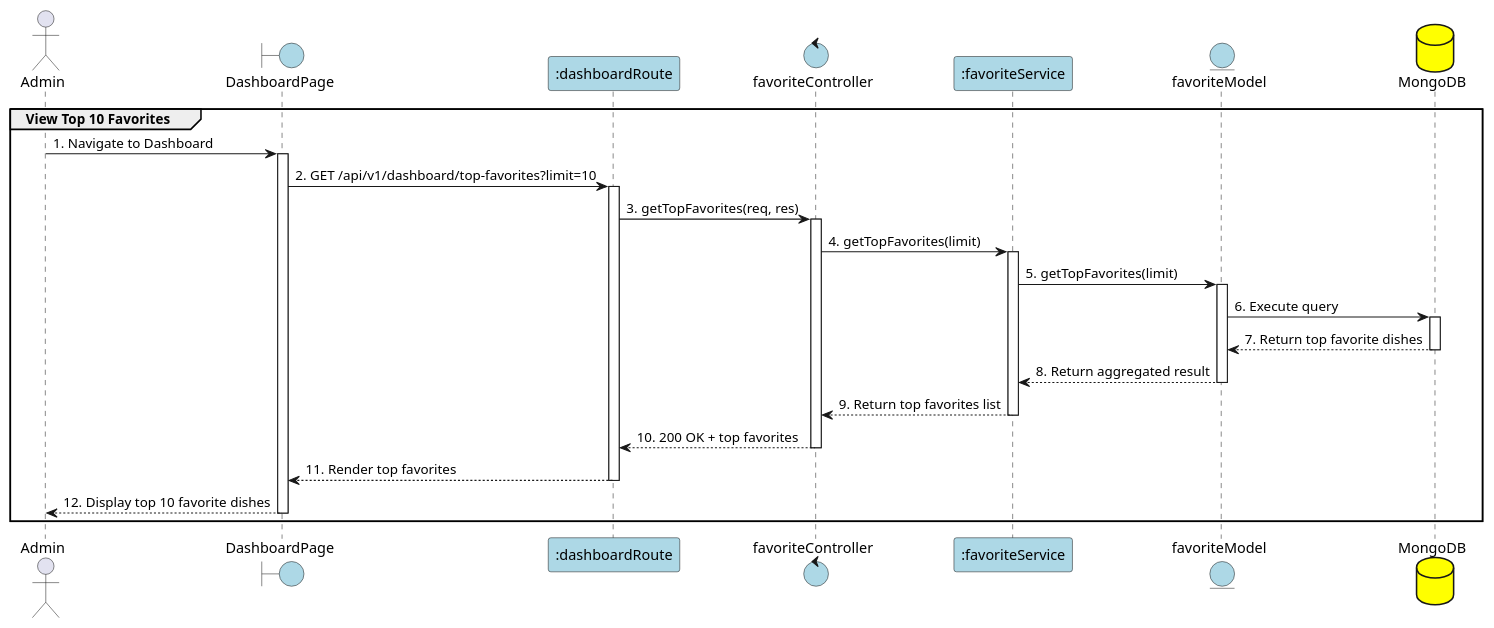
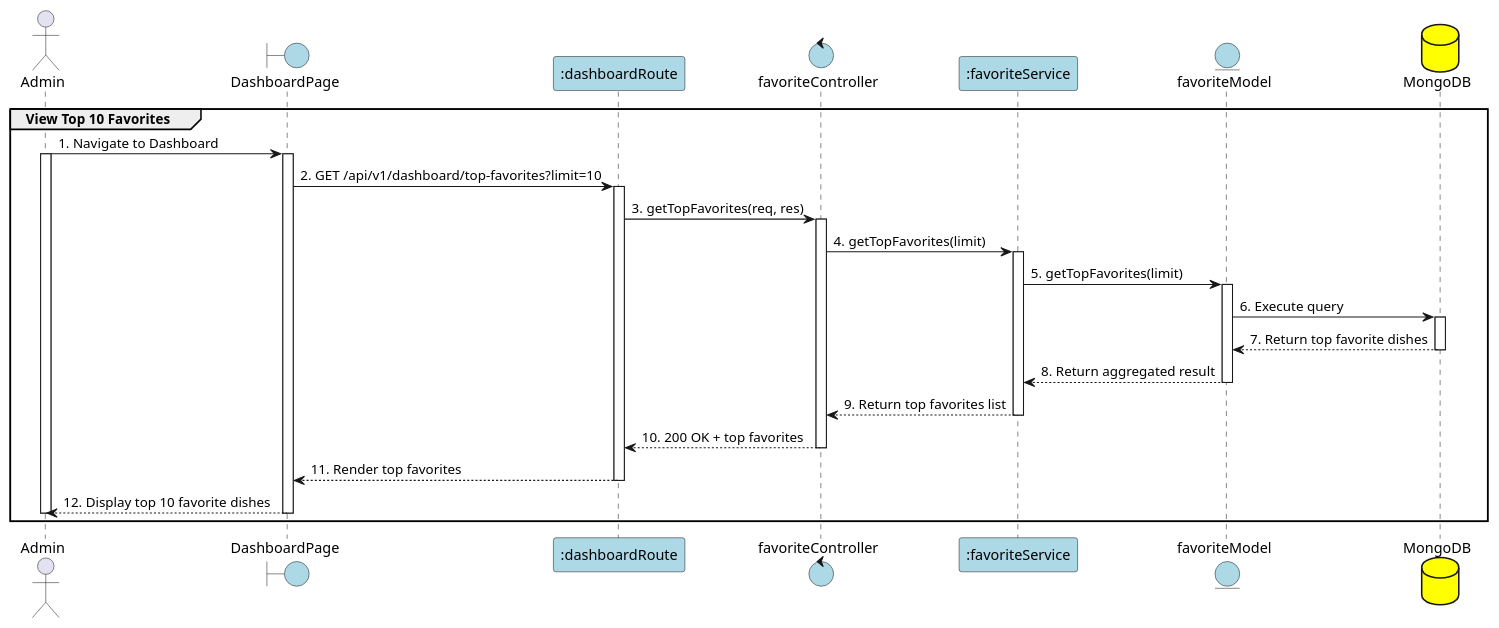
Before and after one commit to Aohkne/CaloCook: the diagram in PlanUML/36_Top10FavoriteDish.puml, drawn with PlantUML. The commit also changed 20 other files, not shown here.

Commit message:
fix(uml 15 -> 33 + 36): done

```diff
--- a/PlanUML/36_Top10FavoriteDish.puml
+++ b/PlanUML/36_Top10FavoriteDish.puml
@@ -1,48 +1,50 @@
 @startuml ViewTop10Favorites
 
 actor Admin as "Admin"
 boundary "DashboardPage" as View #lightblue
 participant ":dashboardRoute" as Route #lightblue
 control "favoriteController" as Controller #lightblue
 participant ":favoriteService" as Service #lightblue
 entity "favoriteModel" as Model #lightblue
 database "MongoDB" as MongoDB #yellow
 
 group View Top 10 Favorites
 Admin -> View: 1. Navigate to Dashboard
+activate Admin
 activate View
 
 View -> Route: 2. GET /api/v1/dashboard/top-favorites?limit=10
 activate Route
 
 Route -> Controller: 3. getTopFavorites(req, res)
 activate Controller
 
 Controller -> Service: 4. getTopFavorites(limit)
 activate Service
 
 Service -> Model: 5. getTopFavorites(limit)
 activate Model
 
 Model -> MongoDB: 6. Execute query
 activate MongoDB
 MongoDB --> Model: 7. Return top favorite dishes
 deactivate MongoDB
 
 Model --> Service: 8. Return aggregated result
 deactivate Model
 
 Service --> Controller: 9. Return top favorites list
 deactivate Service
 
 Controller --> Route: 10. 200 OK + top favorites
 deactivate Controller
 
 Route --> View: 11. Render top favorites
 deactivate Route
 
 View --> Admin: 12. Display top 10 favorite dishes
+deactivate View
+deactivate Admin
 
-deactivate View
 end
 @enduml
```
